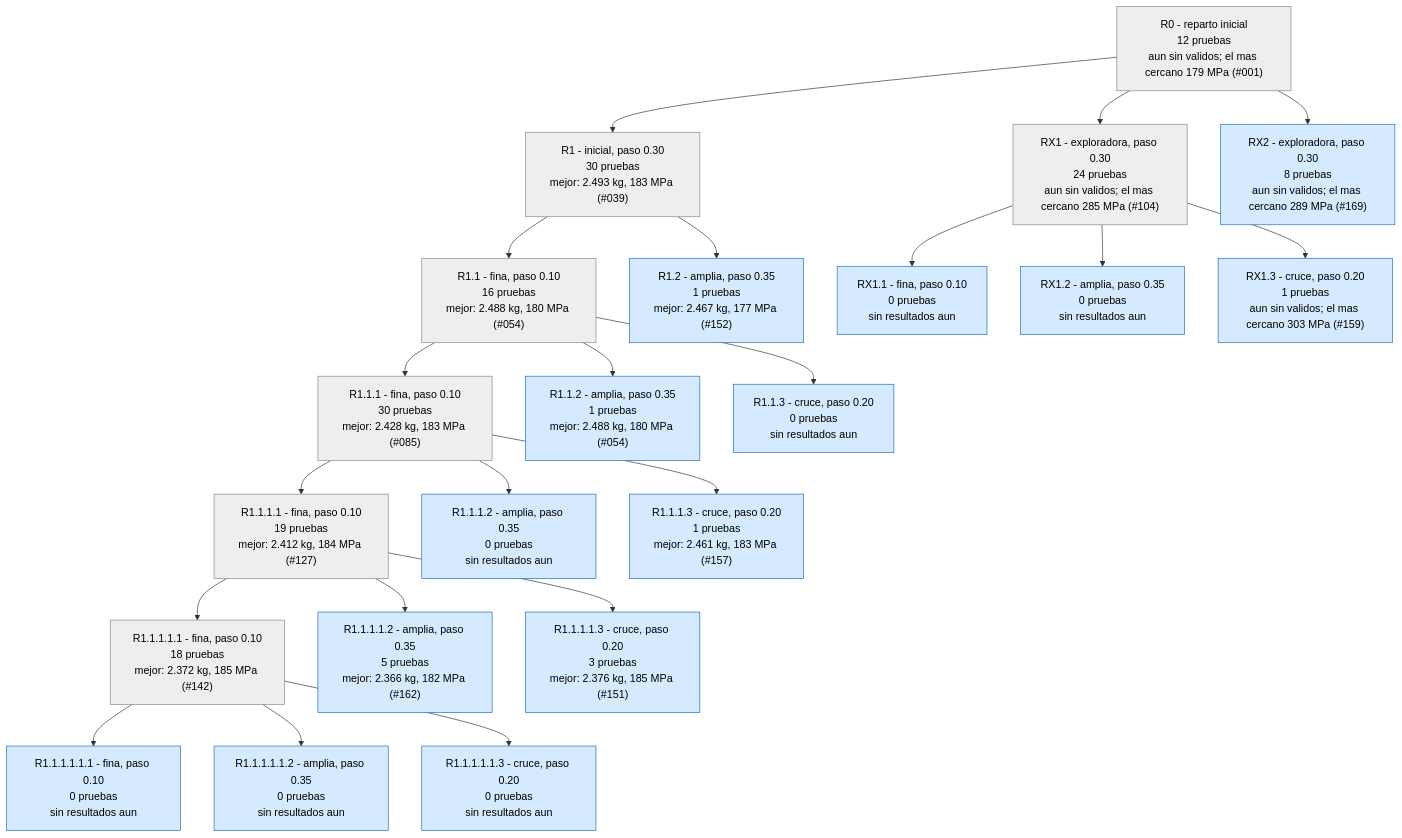
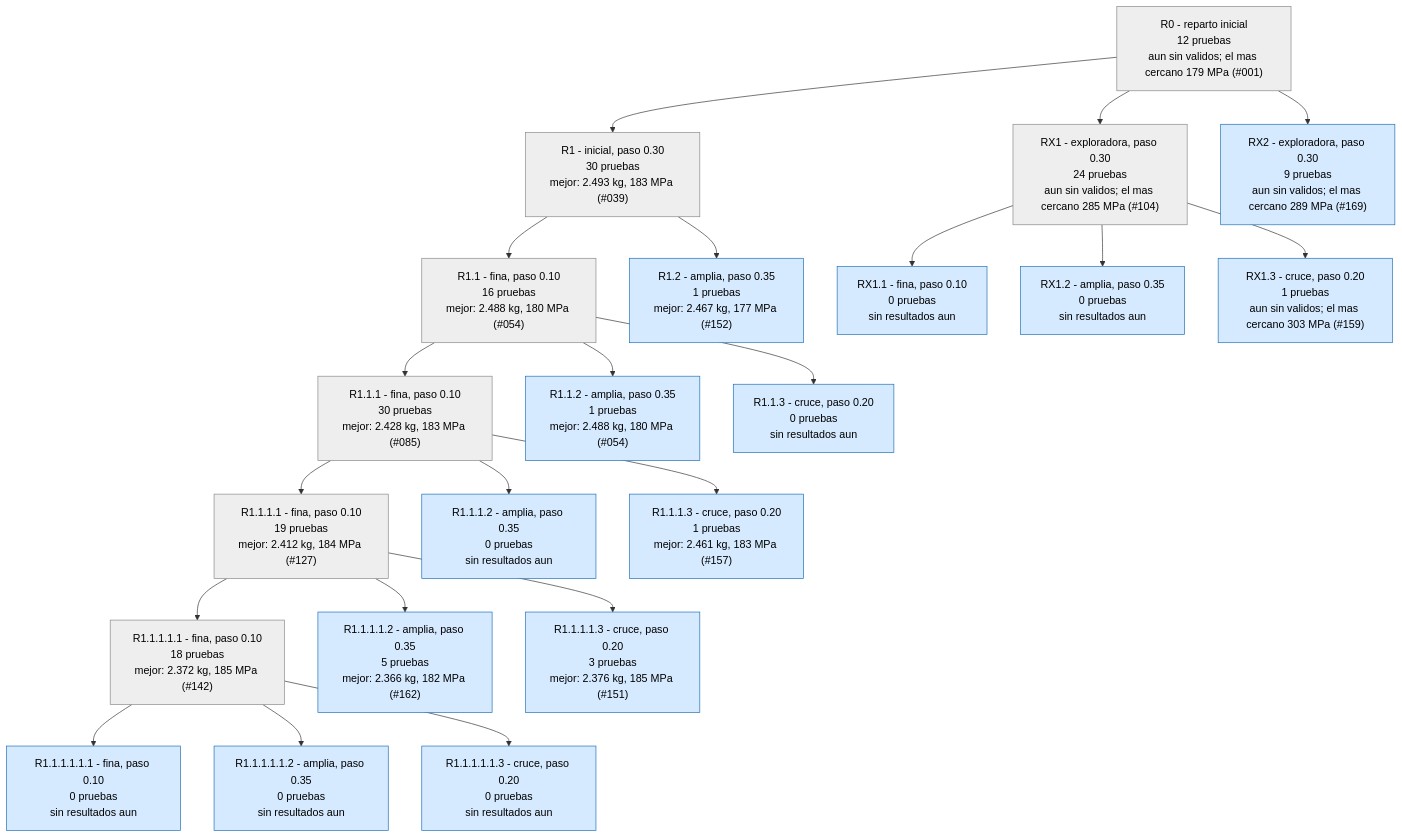
One commit to Hugiko/msd-soporte-optimizacion changed the second of 4 diagrams in runs/opt_37800N/ARBOL.md. Above: the diagram before and after it, drawn with Mermaid. The commit also changed 14 other files, not shown here.

````diff
--- a/runs/opt_37800N/ARBOL.md
+++ b/runs/opt_37800N/ARBOL.md
@@ -29,47 +29,47 @@
 ```mermaid
 graph TD
 classDef activa fill:#d6eaff,stroke:#1f6fb5,color:#000
 classDef fin fill:#eeeeee,stroke:#888,color:#000
 classDef mejor fill:#c8f0c0,stroke:#1a9850,stroke-width:4px,color:#000
 R0["R0 - reparto inicial<br/>12 pruebas<br/>aun sin validos; el mas cercano 179 MPa (#001)"]:::fin
 R1["R1 - inicial, paso 0.30<br/>30 pruebas<br/>mejor: 2.493 kg, 183 MPa (#039)"]:::fin
 R0 --> R1
 R1_1["R1.1 - fina, paso 0.10<br/>16 pruebas<br/>mejor: 2.488 kg, 180 MPa (#054)"]:::fin
 R1 --> R1_1
 R1_2["R1.2 - amplia, paso 0.35<br/>1 pruebas<br/>mejor: 2.467 kg, 177 MPa (#152)"]:::activa
 R1 --> R1_2
 R1_1_1["R1.1.1 - fina, paso 0.10<br/>30 pruebas<br/>mejor: 2.428 kg, 183 MPa (#085)"]:::fin
 R1_1 --> R1_1_1
 R1_1_2["R1.1.2 - amplia, paso 0.35<br/>1 pruebas<br/>mejor: 2.488 kg, 180 MPa (#054)"]:::activa
 R1_1 --> R1_1_2
 R1_1_3["R1.1.3 - cruce, paso 0.20<br/>0 pruebas<br/>sin resultados aun"]:::activa
 R1_1 --> R1_1_3
 R1_1_1_1["R1.1.1.1 - fina, paso 0.10<br/>19 pruebas<br/>mejor: 2.412 kg, 184 MPa (#127)"]:::fin
 R1_1_1 --> R1_1_1_1
 R1_1_1_2["R1.1.1.2 - amplia, paso 0.35<br/>0 pruebas<br/>sin resultados aun"]:::activa
 R1_1_1 --> R1_1_1_2
 R1_1_1_3["R1.1.1.3 - cruce, paso 0.20<br/>1 pruebas<br/>mejor: 2.461 kg, 183 MPa (#157)"]:::activa
 R1_1_1 --> R1_1_1_3
 RX1["RX1 - exploradora, paso 0.30<br/>24 pruebas<br/>aun sin validos; el mas cercano 285 MPa (#104)"]:::fin
 R0 --> RX1
 RX1_1["RX1.1 - fina, paso 0.10<br/>0 pruebas<br/>sin resultados aun"]:::activa
 RX1 --> RX1_1
 RX1_2["RX1.2 - amplia, paso 0.35<br/>0 pruebas<br/>sin resultados aun"]:::activa
 RX1 --> RX1_2
 RX1_3["RX1.3 - cruce, paso 0.20<br/>1 pruebas<br/>aun sin validos; el mas cercano 303 MPa (#159)"]:::activa
 RX1 --> RX1_3
 R1_1_1_1_1["R1.1.1.1.1 - fina, paso 0.10<br/>18 pruebas<br/>mejor: 2.372 kg, 185 MPa (#142)"]:::fin
 R1_1_1_1 --> R1_1_1_1_1
 R1_1_1_1_2["R1.1.1.1.2 - amplia, paso 0.35<br/>5 pruebas<br/>mejor: 2.366 kg, 182 MPa (#162)"]:::activa
 R1_1_1_1 --> R1_1_1_1_2
 R1_1_1_1_3["R1.1.1.1.3 - cruce, paso 0.20<br/>3 pruebas<br/>mejor: 2.376 kg, 185 MPa (#151)"]:::activa
 R1_1_1_1 --> R1_1_1_1_3
 R1_1_1_1_1_1["R1.1.1.1.1.1 - fina, paso 0.10<br/>0 pruebas<br/>sin resultados aun"]:::activa
 R1_1_1_1_1 --> R1_1_1_1_1_1
 R1_1_1_1_1_2["R1.1.1.1.1.2 - amplia, paso 0.35<br/>0 pruebas<br/>sin resultados aun"]:::activa
 R1_1_1_1_1 --> R1_1_1_1_1_2
 R1_1_1_1_1_3["R1.1.1.1.1.3 - cruce, paso 0.20<br/>0 pruebas<br/>sin resultados aun"]:::activa
 R1_1_1_1_1 --> R1_1_1_1_1_3
-RX2["RX2 - exploradora, paso 0.30<br/>8 pruebas<br/>aun sin validos; el mas cercano 289 MPa (#169)"]:::activa
+RX2["RX2 - exploradora, paso 0.30<br/>9 pruebas<br/>aun sin validos; el mas cercano 289 MPa (#169)"]:::activa
 R0 --> RX2
 ```
````
